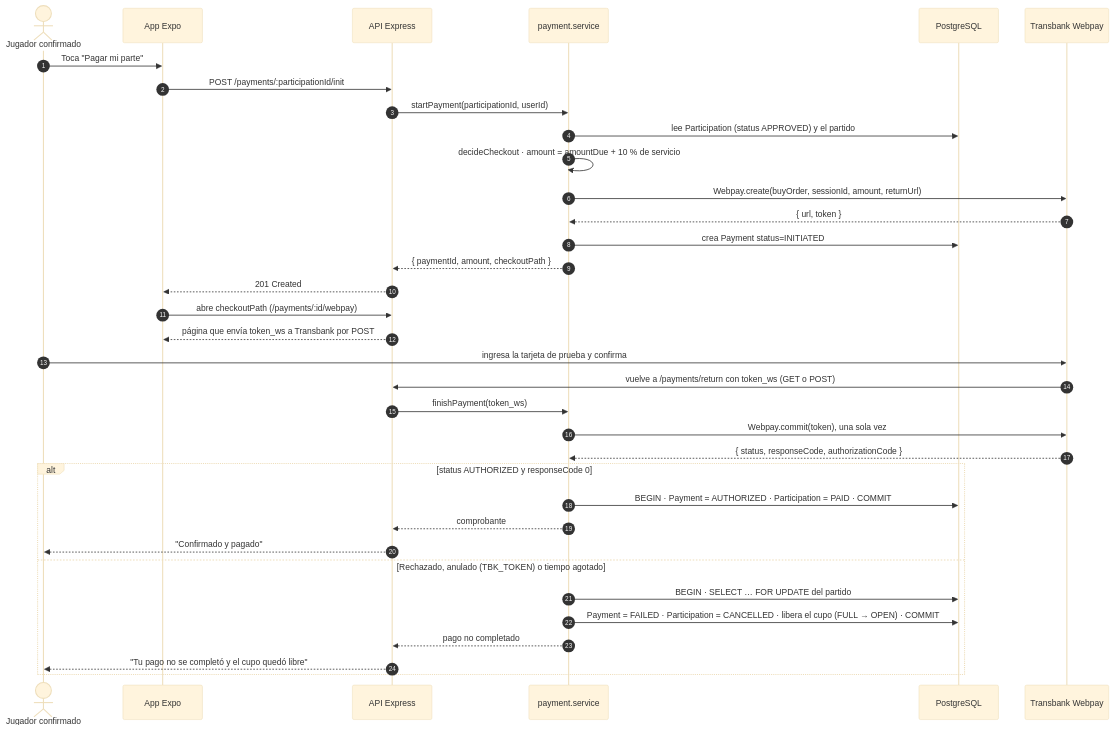
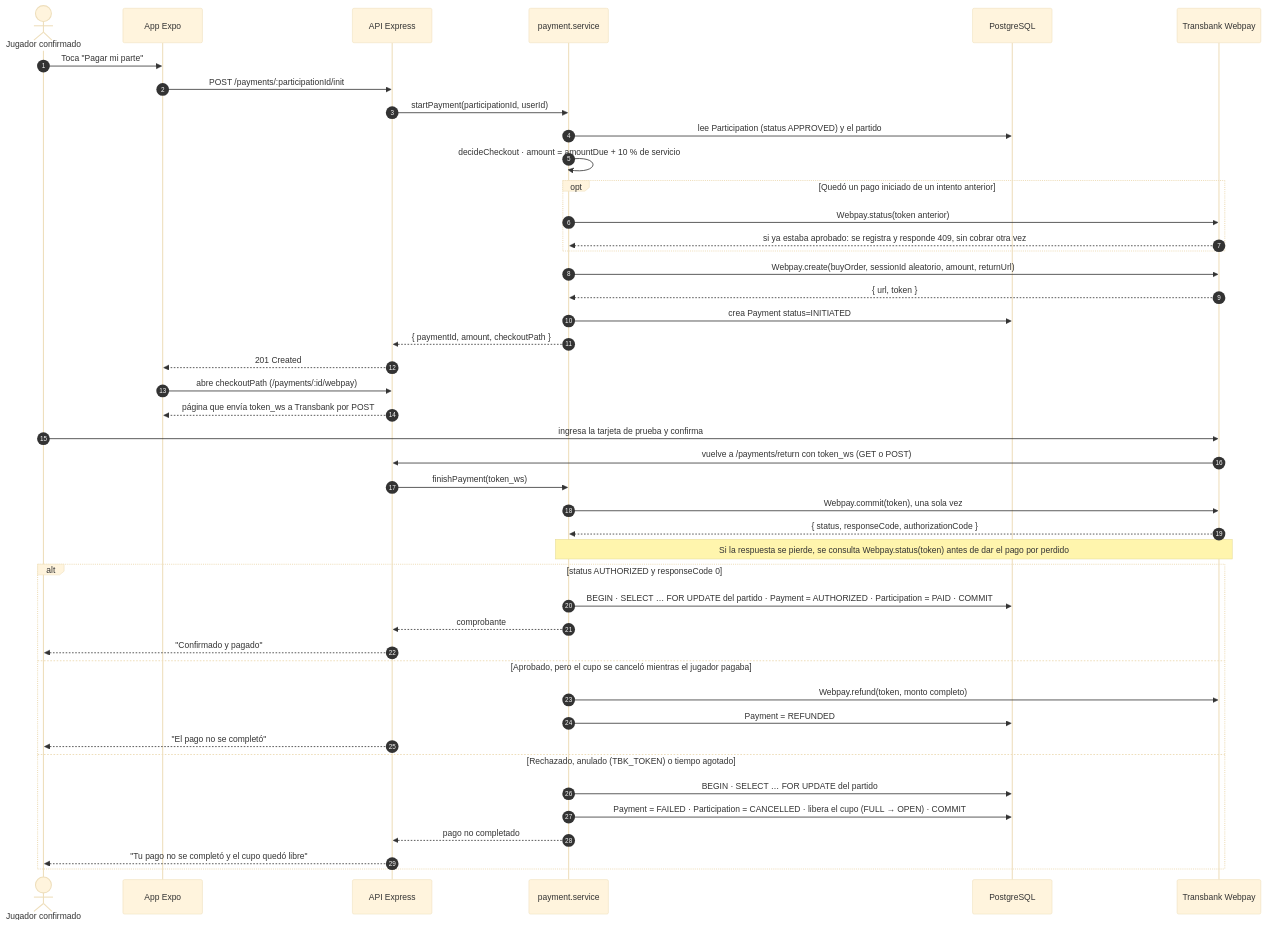
Before and after one commit to avenaaaa/KANCHA: the third of 8 diagrams in fase-2-desarrollo/docs/02-diagramas-uml.md, drawn with Mermaid (base theme). The commit also changed other lines of this file and 21 other files, not shown here.

````diff
--- a/fase-2-desarrollo/docs/02-diagramas-uml.md
+++ b/fase-2-desarrollo/docs/02-diagramas-uml.md
@@ -102,40 +103,49 @@
 ```mermaid
 sequenceDiagram
     autonumber
     actor J as Jugador confirmado
     participant APP as App Expo
     participant API as API Express
     participant PAY as payment.service
     participant DB as PostgreSQL
     participant TBK as Transbank Webpay
 
     J->>APP: Toca "Pagar mi parte"
     APP->>API: POST /payments/:participationId/init
     API->>PAY: startPayment(participationId, userId)
     PAY->>DB: lee Participation (status APPROVED) y el partido
     PAY->>PAY: decideCheckout · amount = amountDue + 10 % de servicio
-    PAY->>TBK: Webpay.create(buyOrder, sessionId, amount, returnUrl)
+    opt Quedó un pago iniciado de un intento anterior
+        PAY->>TBK: Webpay.status(token anterior)
+        TBK-->>PAY: si ya estaba aprobado: se registra y responde 409, sin cobrar otra vez
+    end
+    PAY->>TBK: Webpay.create(buyOrder, sessionId aleatorio, amount, returnUrl)
     TBK-->>PAY: { url, token }
     PAY->>DB: crea Payment status=INITIATED
     PAY-->>API: { paymentId, amount, checkoutPath }
     API-->>APP: 201 Created
     APP->>API: abre checkoutPath (/payments/:id/webpay)
     API-->>APP: página que envía token_ws a Transbank por POST
 
     J->>TBK: ingresa la tarjeta de prueba y confirma
     TBK->>API: vuelve a /payments/return con token_ws (GET o POST)
     API->>PAY: finishPayment(token_ws)
     PAY->>TBK: Webpay.commit(token), una sola vez
     TBK-->>PAY: { status, responseCode, authorizationCode }
+    Note over PAY,TBK: Si la respuesta se pierde, se consulta Webpay.status(token) antes de dar el pago por perdido
 
     alt status AUTHORIZED y responseCode 0
-        PAY->>DB: BEGIN · Payment = AUTHORIZED · Participation = PAID · COMMIT
+        PAY->>DB: BEGIN · SELECT … FOR UPDATE del partido · Payment = AUTHORIZED · Participation = PAID · COMMIT
         PAY-->>API: comprobante
         API-->>J: "Confirmado y pagado"
+    else Aprobado, pero el cupo se canceló mientras el jugador pagaba
+        PAY->>TBK: Webpay.refund(token, monto completo)
+        PAY->>DB: Payment = REFUNDED
+        API-->>J: "El pago no se completó"
     else Rechazado, anulado (TBK_TOKEN) o tiempo agotado
         PAY->>DB: BEGIN · SELECT … FOR UPDATE del partido
         PAY->>DB: Payment = FAILED · Participation = CANCELLED · libera el cupo (FULL → OPEN) · COMMIT
         PAY-->>API: pago no completado
         API-->>J: "Tu pago no se completó y el cupo quedó libre"
     end
 ```
````
